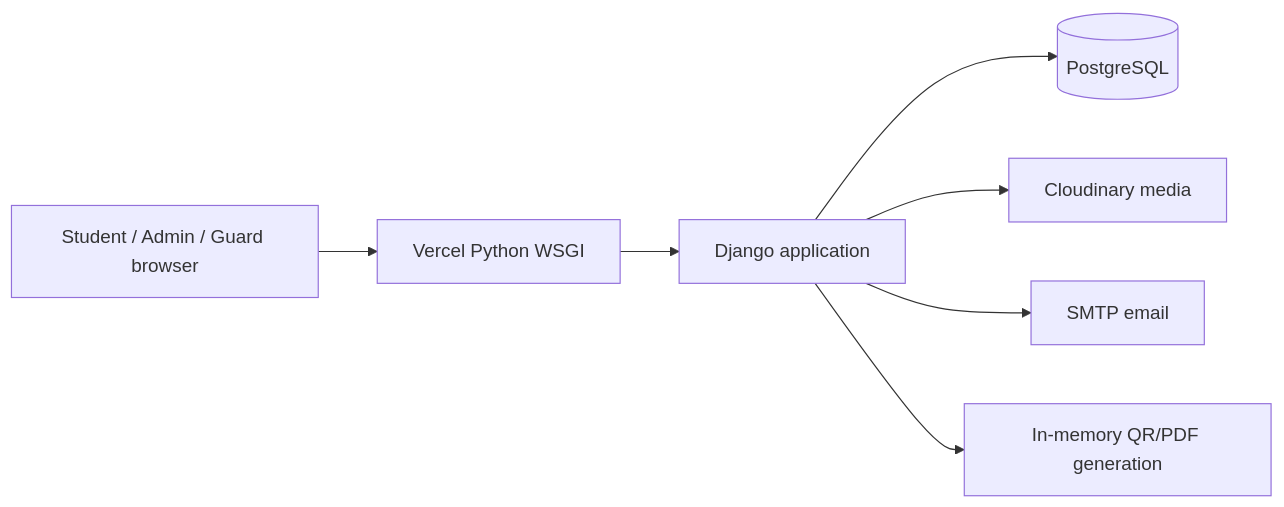
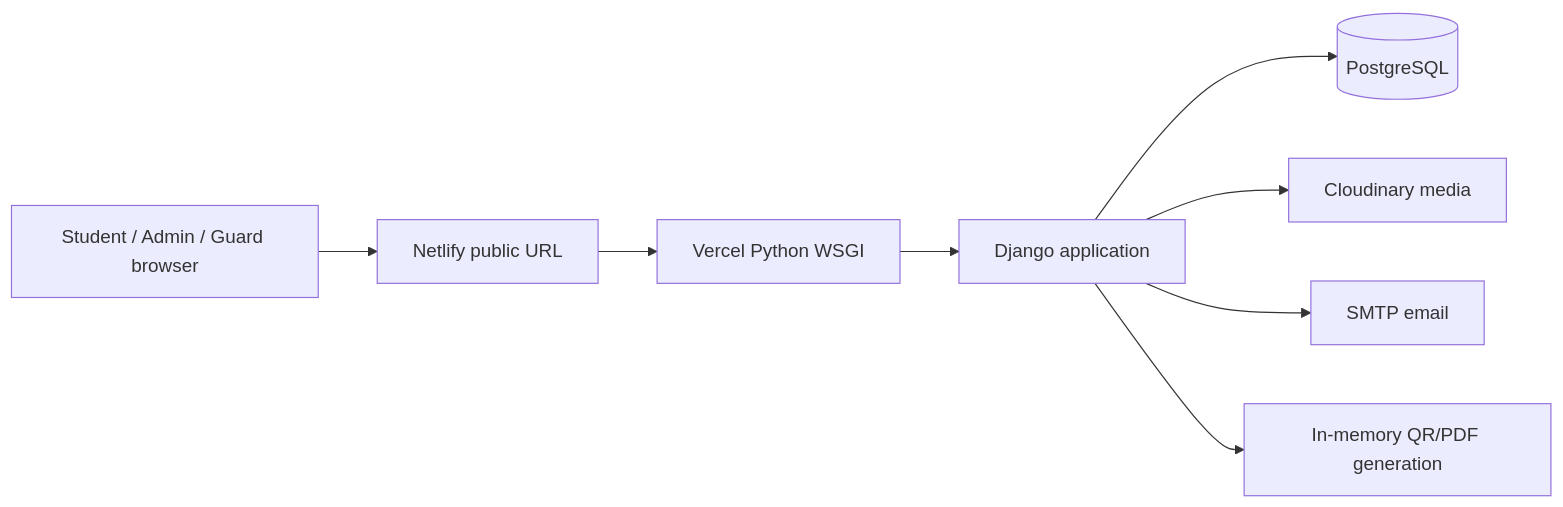
Before and after one commit to ABHIRAJ022/SOU-Entry-Accesshub: the first of 2 diagrams in README.md, drawn with Mermaid. The commit also changed other lines of this file and 3 other files, not shown here.

````diff
--- a/README.md
+++ b/README.md
@@ -7,9 +7,10 @@
 ```mermaid
 flowchart LR
-  Browser[Student / Admin / Guard browser] --> Vercel[Vercel Python WSGI]
+  Browser[Student / Admin / Guard browser] --> Hosting[Netlify public URL]
+  Hosting --> Vercel[Vercel Python WSGI]
   Vercel --> Django[Django application]
   Django --> DB[(PostgreSQL)]
   Django --> Cloudinary[Cloudinary media]
   Django --> SMTP[SMTP email]
   Django --> QR[In-memory QR/PDF generation]
 ```
````
